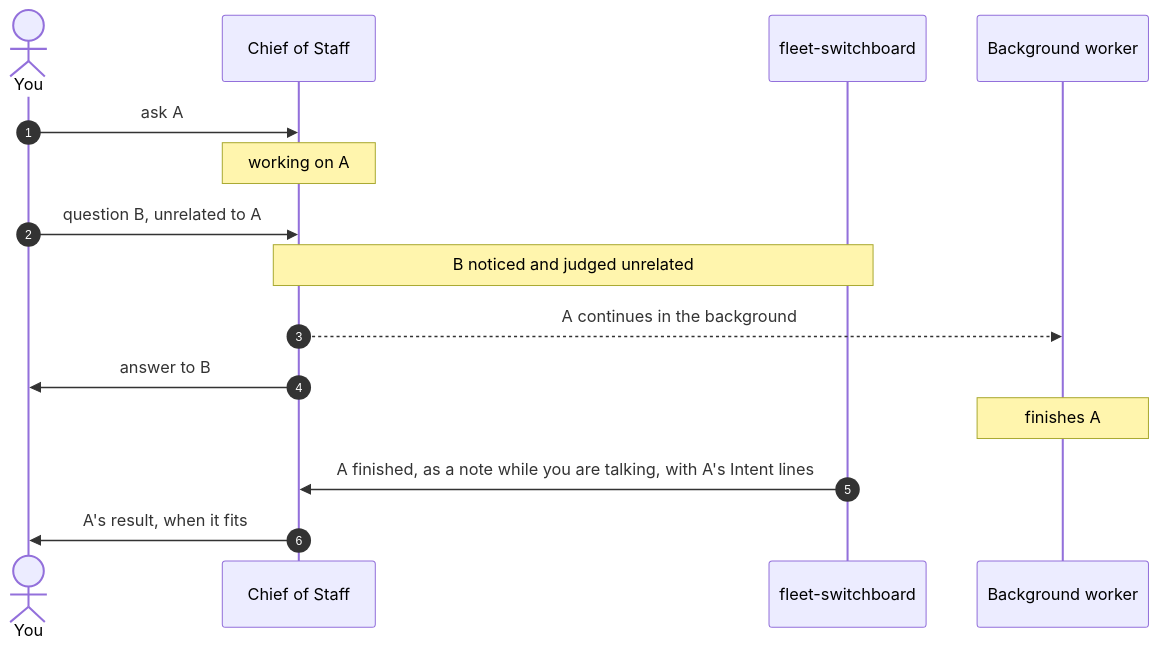
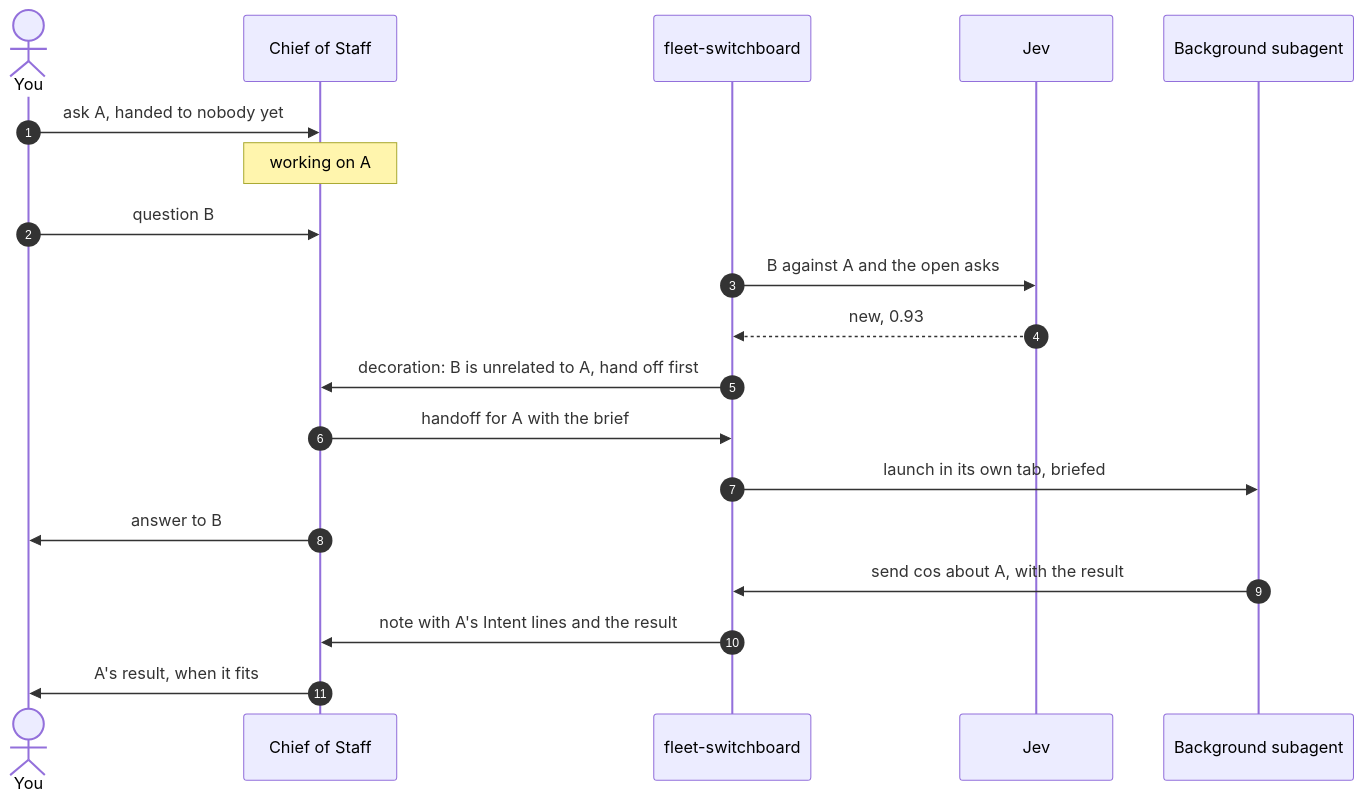
One commit to adamkaplan/fleet-kit changed the tenth of 15 diagrams in docs/switchboard.md. Above: the diagram before and after it, drawn with Mermaid. The commit also changed other lines of this file, not shown here.

First line of the commit message:
docs: switchboard: scenario testing; Jev classifies, briefs hand off, decorations route

````diff
--- a/docs/switchboard.md
+++ b/docs/switchboard.md
@@ -542,17 +623,21 @@
 ```mermaid
 sequenceDiagram
   autonumber
   actor You
   participant C as Chief of Staff
   participant SB as fleet-switchboard
-  participant B as Background worker
-  You->>C: ask A
+  participant J as Jev
+  participant S as Background subagent
+  You->>C: ask A, handed to nobody yet
   Note over C: working on A
-  You->>C: question B, unrelated to A
-  Note over C,SB: B noticed and judged unrelated
-  C-->>B: A continues in the background
+  You->>C: question B
+  SB->>J: B against A and the open asks
+  J-->>SB: new, 0.93
+  SB->>C: decoration: B is unrelated to A, hand off first
+  C->>SB: handoff for A with the brief
+  SB->>S: launch in its own tab, briefed
   C->>You: answer to B
-  Note over B: finishes A
-  SB->>C: A finished, as a note while you are talking, with A's Intent lines
+  S->>SB: send cos about A, with the result
+  SB->>C: note with A's Intent lines and the result
   C->>You: A's result, when it fits
 ```
````
